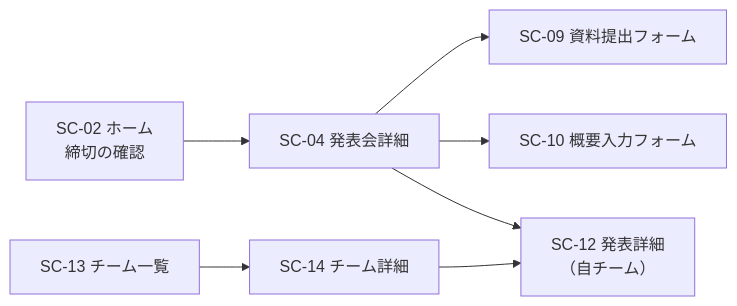
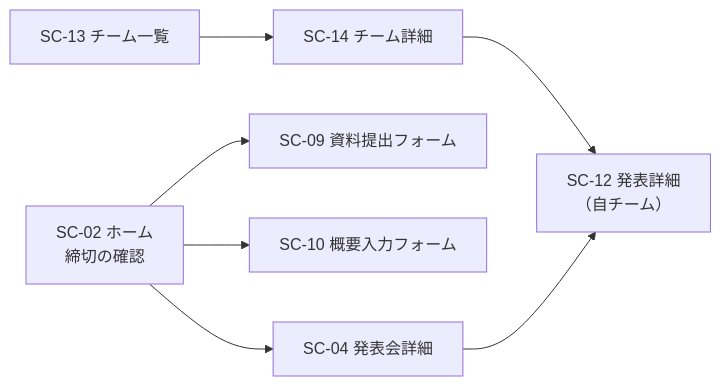
Before and after one commit to 250158hj-maker/yse_compass: the second of 4 diagrams in docs/design/04-screen.md, drawn with Mermaid. The commit also changed other lines of this file and 2 other files, not shown here.

````diff
--- a/docs/design/04-screen.md
+++ b/docs/design/04-screen.md
@@ -434,17 +435,17 @@
 ```mermaid
 flowchart LR
     SC02["SC-02 ホーム<br/>締切の確認"]
     SC04["SC-04 発表会詳細"]
     SC09["SC-09 資料提出フォーム"]
     SC10["SC-10 概要入力フォーム"]
     SC13["SC-13 チーム一覧"]
     SC14["SC-14 チーム詳細"]
     SC12["SC-12 発表詳細<br/>（自チーム）"]
 
     SC02 --> SC04
-    SC04 --> SC09
-    SC04 --> SC10
+    SC02 --> SC09
+    SC02 --> SC10
     SC13 --> SC14
     SC14 --> SC12
     SC04 --> SC12
 ```
````
